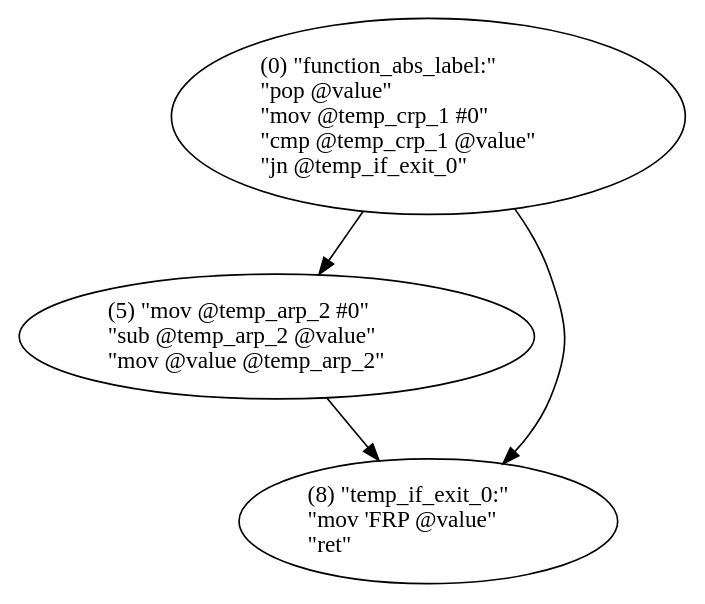
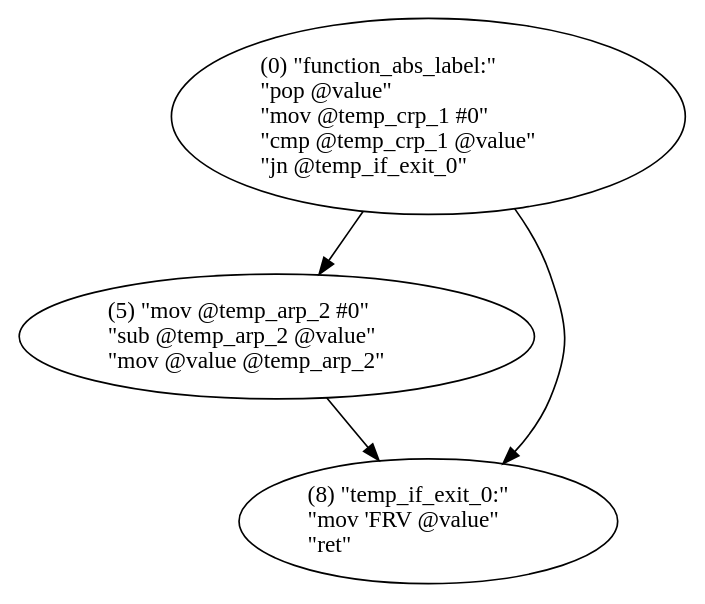
One commit to Minigrim0/AFG changed the diagram in .github/function_basic_blocks_graph.dot. Above: the diagram before and after it, drawn with Graphviz. The commit also changed 22 other files, not shown here.

```diff
--- a/.github/function_basic_blocks_graph.dot
+++ b/.github/function_basic_blocks_graph.dot
@@ -1,8 +1,8 @@
 digraph {
     0 [ label = "(0) \"function_abs_label:\"\l\"pop @value\"\l\"mov @temp_crp_1 #0\"\l\"cmp @temp_crp_1 @value\"\l\"jn @temp_if_exit_0\"\l" ]
     1 [ label = "(5) \"mov @temp_arp_2 #0\"\l\"sub @temp_arp_2 @value\"\l\"mov @value @temp_arp_2\"\l" ]
-    2 [ label = "(8) \"temp_if_exit_0:\"\l\"mov 'FRP @value\"\l\"ret\"\l" ]
+    2 [ label = "(8) \"temp_if_exit_0:\"\l\"mov 'FRV @value\"\l\"ret\"\l" ]
     0 -> 2 [ ]
     0 -> 1 [ ]
     1 -> 2 [ ]
 }
```
